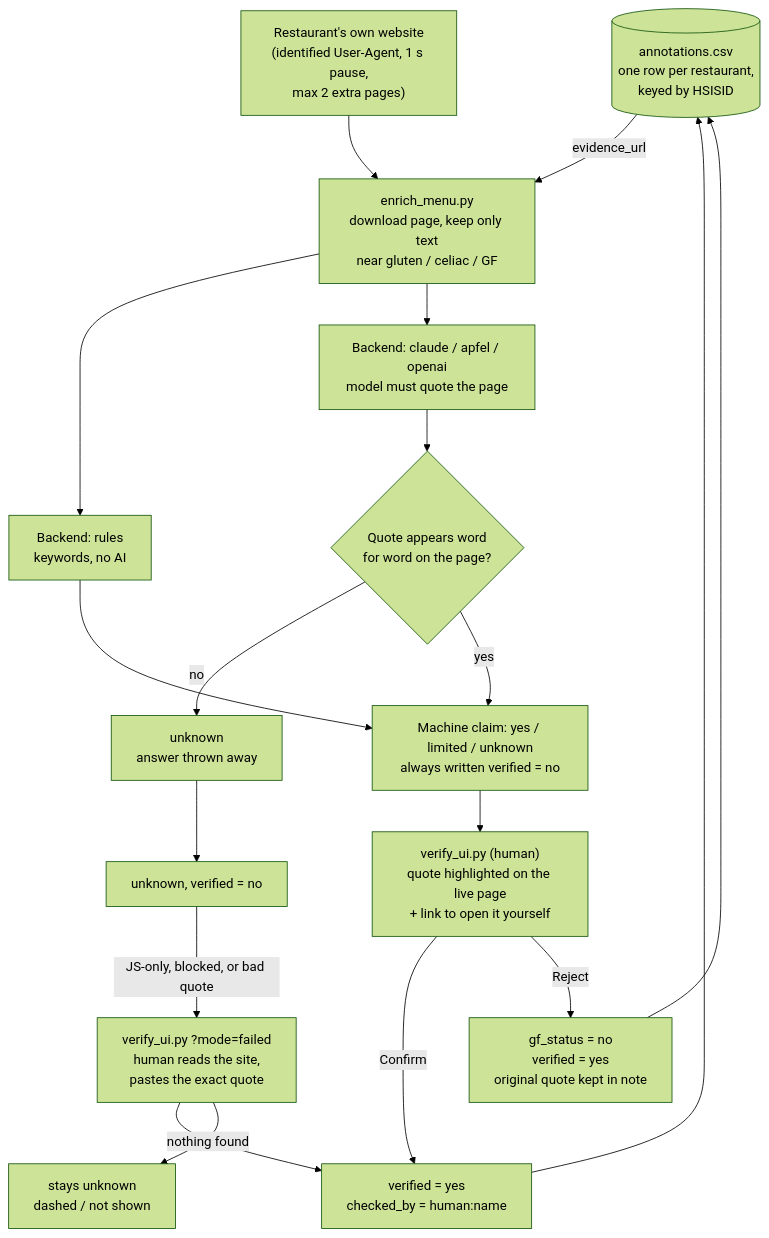
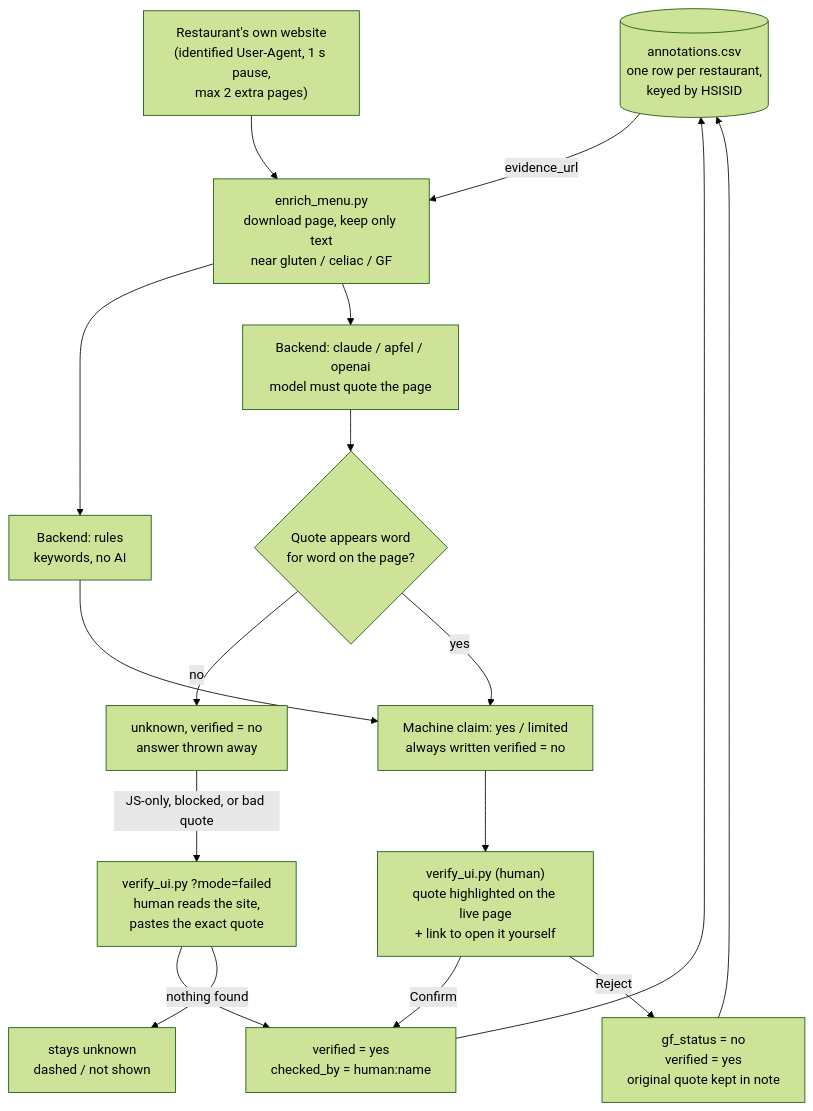
Before and after one commit to rippy/ato_mlh_2026: the second of 3 diagrams in README.md, drawn with Mermaid (forest theme). The commit also changed other lines of this file, not shown here.

Commit message:
README: simplify mermaid diagrams (verified by rendering)

````diff
--- a/README.md
+++ b/README.md
@@ -55,28 +50,27 @@
 ```mermaid
 flowchart TD
     ANN[("annotations.csv<br/>one row per restaurant,<br/>keyed by HSISID")]
     SITE["Restaurant's own website<br/>(identified User-Agent, 1 s pause,<br/>max 2 extra pages)"]
 
     ANN -->|"evidence_url"| FETCH["enrich_menu.py<br/>download page, keep only text<br/>near gluten / celiac / GF"]
     SITE --> FETCH
 
     FETCH --> RULES["Backend: rules<br/>keywords, no AI"]
     FETCH --> LLM["Backend: claude / apfel / openai<br/>model must quote the page"]
 
     LLM --> CHK{"Quote appears word<br/>for word on the page?"}
-    CHK -->|no| UNK["unknown<br/>answer thrown away"]
+    CHK -->|no| UNK["unknown, verified = no<br/>answer thrown away"]
     CHK -->|yes| MACH
-    RULES --> MACH["Machine claim: yes / limited / unknown<br/>always written verified = no"]
-    UNK --> MACH2["unknown, verified = no"]
+    RULES --> MACH["Machine claim: yes / limited<br/>always written verified = no"]
 
     MACH --> UI["verify_ui.py (human)<br/>quote highlighted on the live page<br/>+ link to open it yourself"]
-    MACH2 -->|"JS-only, blocked, or bad quote"| UI2["verify_ui.py ?mode=failed<br/>human reads the site,<br/>pastes the exact quote"]
+    UNK -->|"JS-only, blocked, or bad quote"| UI2["verify_ui.py ?mode=failed<br/>human reads the site,<br/>pastes the exact quote"]
 
     UI -->|"Confirm"| HYES["verified = yes<br/>checked_by = human:name"]
     UI -->|"Reject"| HNO["gf_status = no<br/>verified = yes<br/>original quote kept in note"]
     UI2 --> HYES
     UI2 -->|"nothing found"| STAY["stays unknown<br/>dashed / not shown"]
 
     HYES --> ANN
     HNO --> ANN
 ```
````
